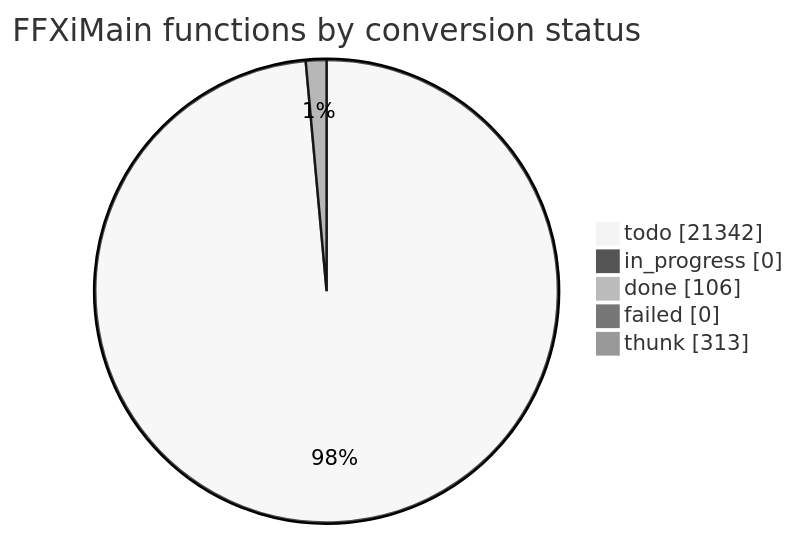
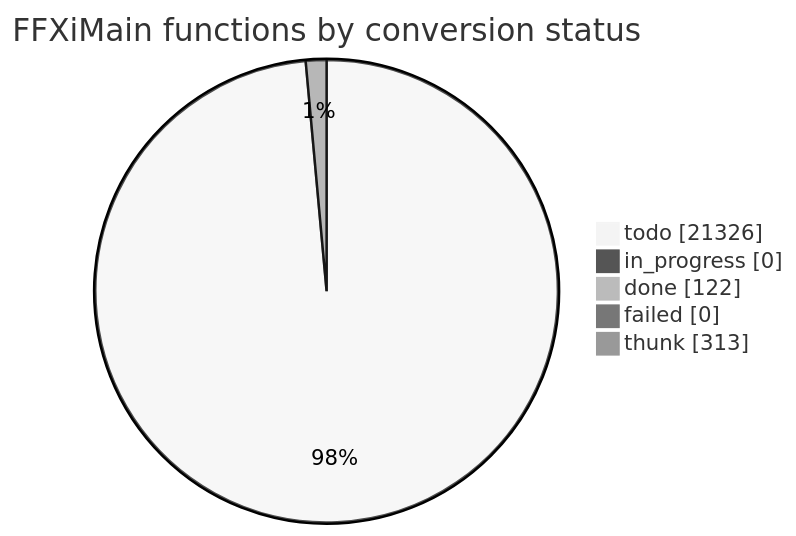
The diagram in docs/cow/STATUS.md (cowrevenge/cow_kuluu_xi_anything), drawn with Mermaid (neutral theme) before and after one commit. The commit also changed other lines of this file and 23 other files, not shown here.

````diff
--- a/docs/cow/STATUS.md
+++ b/docs/cow/STATUS.md
@@ -18,9 +18,9 @@
 ```mermaid
 pie showData
     title FFXiMain functions by conversion status
-    "todo" : 21342
+    "todo" : 21326
     "in_progress" : 0
-    "done" : 106
+    "done" : 122
     "failed" : 0
     "thunk" : 313
 ```
````
